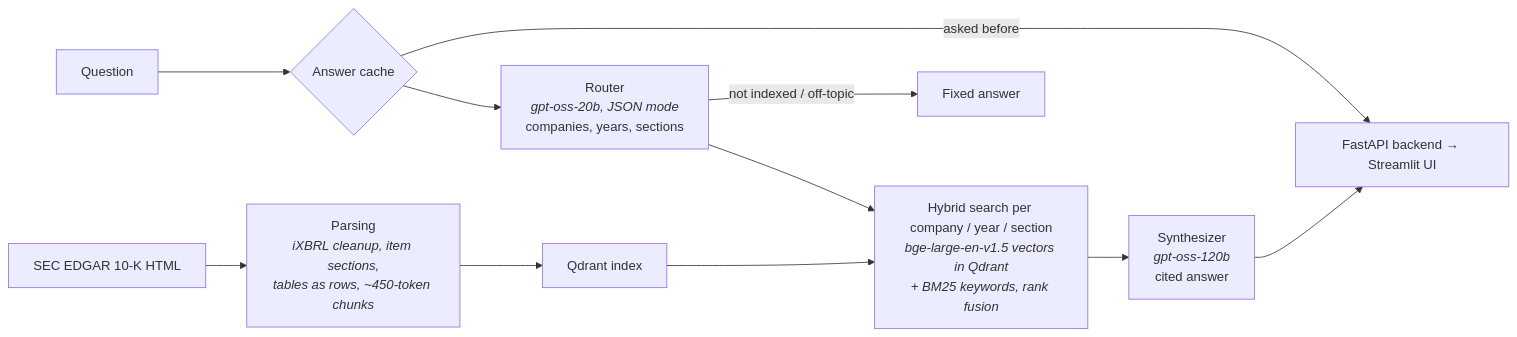
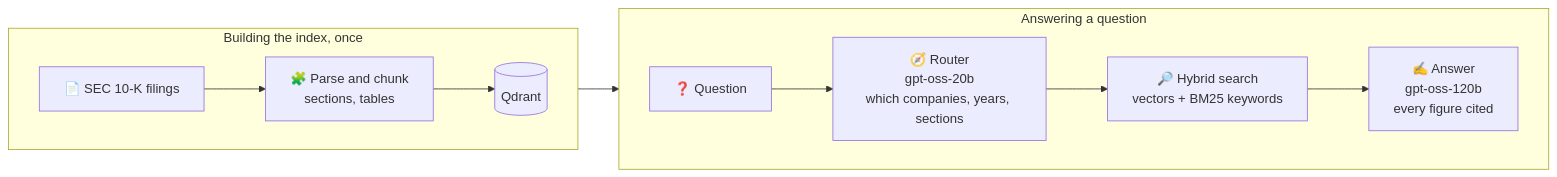
Before and after one commit to AyhanMeherrem/Multi-Agent-Financial-Rag-System: the diagram in README.md, drawn with Mermaid. The commit also changed other lines of this file and 1 other file, not shown here.

````diff
--- a/README.md
+++ b/README.md
@@ -44,12 +39,14 @@
 ```mermaid
 flowchart LR
-    Q["Question"] --> C{"Answer cache"}
-    C -->|"asked before"| U
-    C --> R["Router<br/><i>gpt-oss-20b, JSON mode</i><br/>companies, years, sections"]
-    R -->|"not indexed / off-topic"| X["Fixed answer"]
-    R --> S["Hybrid search per company / year / section<br/><i>bge-large-en-v1.5 vectors in Qdrant<br/>+ BM25 keywords, rank fusion</i>"]
-    S --> A["Synthesizer<br/><i>gpt-oss-120b</i><br/>cited answer"]
-    A --> U["FastAPI backend → Streamlit UI"]
-    F["SEC EDGAR 10-K HTML"] --> P["Parsing<br/><i>iXBRL cleanup, item sections,<br/>tables as rows, ~450-token chunks</i>"] --> I["Qdrant index"]
+    subgraph ask["Answering a question"]
+        direction LR
+        Q["❓ Question"] --> R["🧭 Router<br/>gpt-oss-20b<br/>which companies, years, sections"]
+        R --> S["🔎 Hybrid search<br/>vectors + BM25 keywords"]
+        S --> A["✍️ Answer<br/>gpt-oss-120b<br/>every figure cited"]
+    end
+    subgraph build["Building the index, once"]
+        direction LR
+        F["📄 SEC 10-K filings"] --> P["🧩 Parse and chunk<br/>sections, tables"] --> I[("Qdrant")]
+    end
     I --> S
 ```
````
